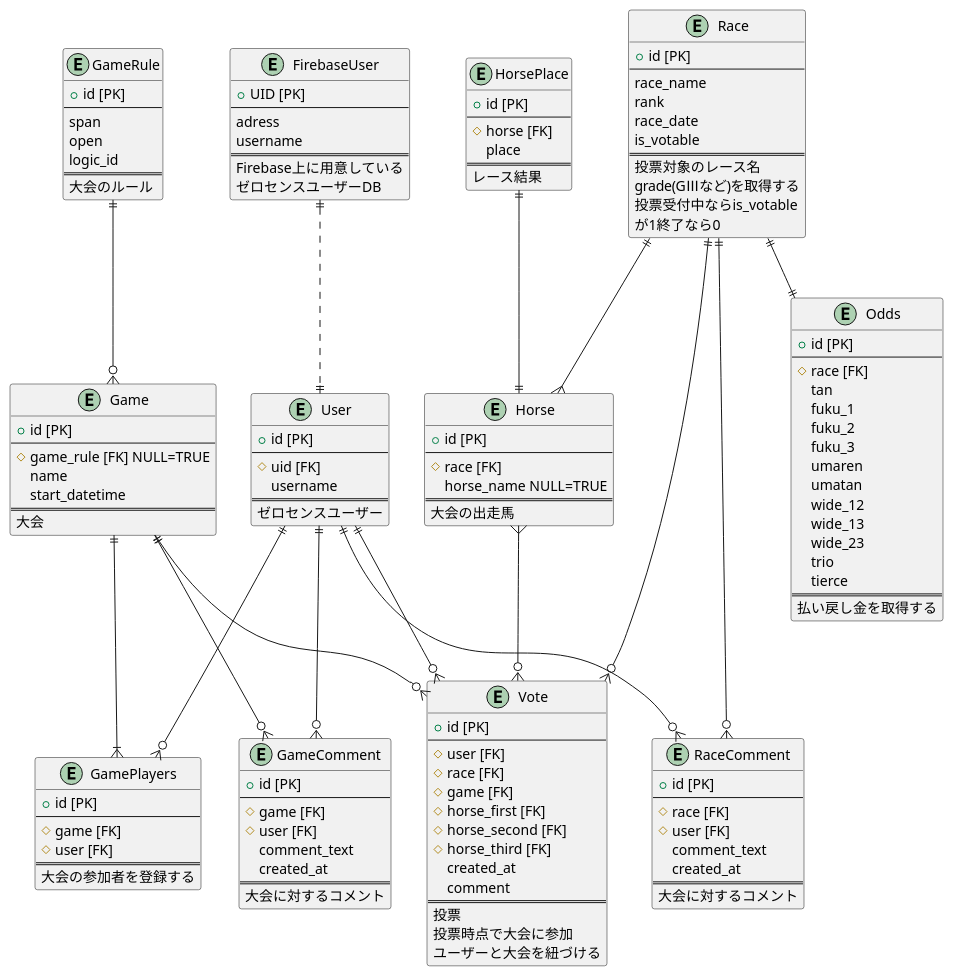
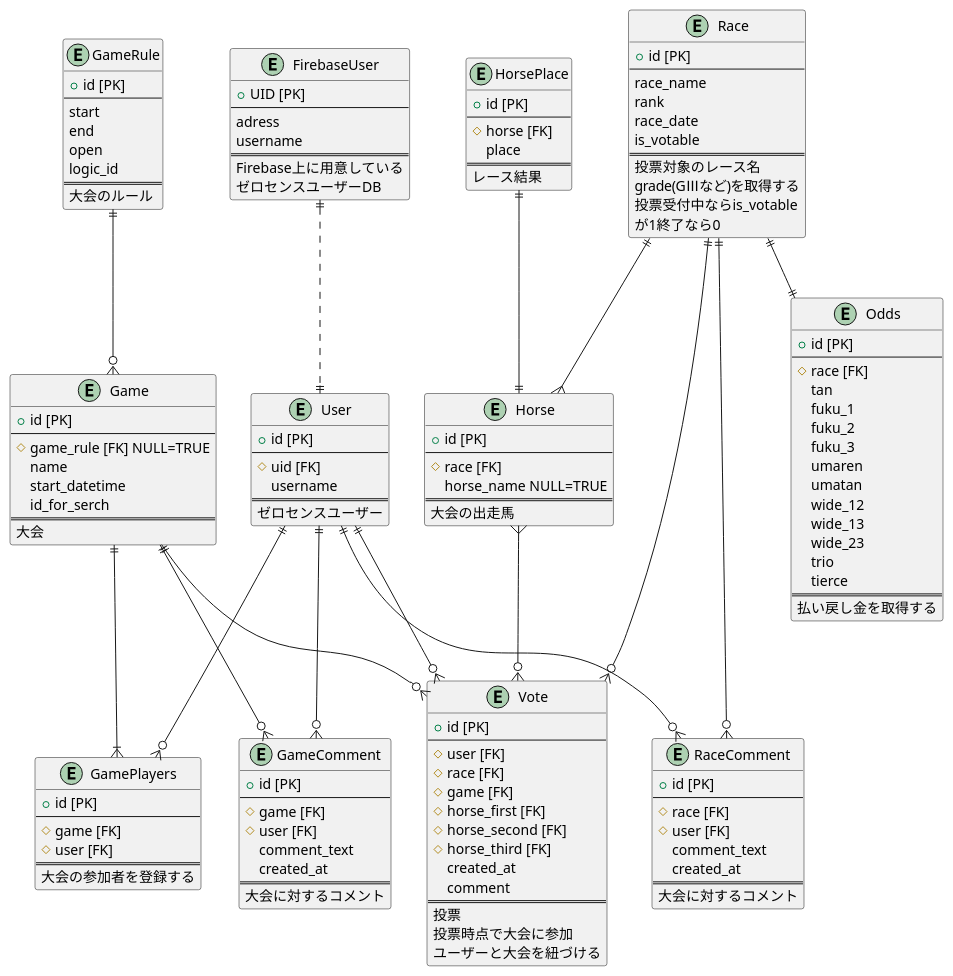
One commit to Kengo106/zerosense changed the diagram in UML/ER.pu. Above: the diagram before and after it, drawn with PlantUML. The commit also changed 39 other files, not shown here.

```diff
--- a/UML/ER.pu
+++ b/UML/ER.pu
@@ -1,157 +1,159 @@
-@startuml 20230920_ER図
+@startuml 20230928_ER図
 
 
 entity HorsePlace {
   + id [PK]
   --
   # horse [FK]
   place
   ==
   レース結果
 }
 
 entity User {
   + id [PK]
   --
   # uid [FK]
   username
   ==
   ゼロセンスユーザー
 }
 
 entity FirebaseUser {
   + UID [PK]
   --
   adress 
   username
   ==
   Firebase上に用意している
   ゼロセンスユーザーDB
 }
 
 entity Game {
   + id [PK]
   --
   # game_rule [FK] NULL=TRUE
   name
   start_datetime
+  id_for_serch
   ==
   大会
 }
 
 entity GameRule {
   + id [PK]
   --
-  span
+  start
+  end
   open
   logic_id
   ==
   大会のルール
 }
 
 entity Vote {
   + id [PK]
   --
   # user [FK]
   # race [FK]
   # game [FK]
   # horse_first [FK]
   # horse_second [FK]
   # horse_third [FK]
   created_at
   comment
   ==
   投票
   投票時点で大会に参加
   ユーザーと大会を紐づける
 }
 
 entity Race{
   + id [PK]
   --
   race_name
   rank
   race_date
   is_votable
   ==
   投票対象のレース名
   grade(GⅢなど)を取得する  
   投票受付中ならis_votable
   が1終了なら0
 }
 
 entity Horse {
   + id [PK]
   --
   # race [FK] 
   horse_name NULL=TRUE
   ==
   大会の出走馬
 }
 
 entity Odds {
   + id [PK]
   --
   # race [FK]
   tan
   fuku_1
   fuku_2
   fuku_3
   umaren
   umatan
   wide_12
   wide_13
   wide_23
   trio
   tierce
   ==
   払い戻し金を取得する
 }
 
 entity GameComment {
   + id [PK]
   --
   # game [FK]
   # user [FK]
   comment_text
   created_at
   ==
   大会に対するコメント
 }
 
 entity GamePlayers {
   + id [PK]
   --
   # game [FK]
   # user [FK]
   ==
   大会の参加者を登録する
 }
 
 entity RaceComment {
   + id [PK]
   --
   # race [FK]
   # user [FK]
   comment_text
   created_at
   ==
   大会に対するコメント
 }
 
 Race ||--|| Odds
 User ||--o{ Vote
 Horse }--o{ Vote
 Race ||--o{ Vote
 Game ||--o{ Vote
 Race ||--{ Horse
 User ||--o{ GameComment
 Game ||--o{ GameComment
 User ||--o{ RaceComment
 Race ||--o{ RaceComment
 GameRule ||--o{ Game
 HorsePlace ||--|| Horse
 FirebaseUser ||..|| User
 Game ||--|{ GamePlayers
 User ||--o{ GamePlayers
 @enduml
```
